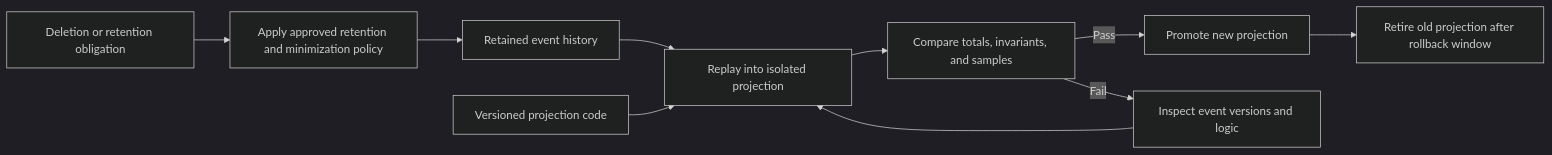
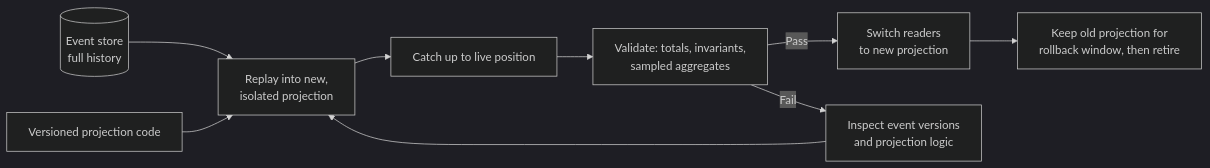
Before and after one commit to joydasss/Architect: the seventh of 16 diagrams in 20_Architecture_Patterns/CH11_Event_Sourcing.md, drawn with Mermaid (dark theme). The commit also changed other lines of this file and 295 other files, not shown here.

````diff
--- a/20_Architecture_Patterns/CH11_Event_Sourcing.md
+++ b/20_Architecture_Patterns/CH11_Event_Sourcing.md
@@ -87,12 +494,11 @@
 ```mermaid
 flowchart LR
-    EventHistory[Retained event history] --> Replay[Replay into isolated projection]
-    Logic[Versioned projection code] --> Replay
-    Replay --> Validate[Compare totals, invariants, and samples]
-    Validate -->|Pass| Promote[Promote new projection]
-    Validate -->|Fail| Investigate[Inspect event versions and logic]
-    Investigate --> Replay
-    Promote --> Retire[Retire old projection after rollback window]
-    Privacy[Deletion or retention obligation] --> Policy[Apply approved retention and minimization policy]
-    Policy --> EventHistory
+    Log[("Event store<br/>full history")] --> Replay["Replay into new,<br/>isolated projection"]
+    Code["Versioned projection code"] --> Replay
+    Replay --> Catch["Catch up to live position"]
+    Catch --> Check["Validate: totals, invariants,<br/>sampled aggregates"]
+    Check -->|Pass| Switch["Switch readers<br/>to new projection"]
+    Check -->|Fail| Fix["Inspect event versions<br/>and projection logic"]
+    Fix --> Replay
+    Switch --> Keep["Keep old projection for<br/>rollback window, then retire"]
 ```
````
